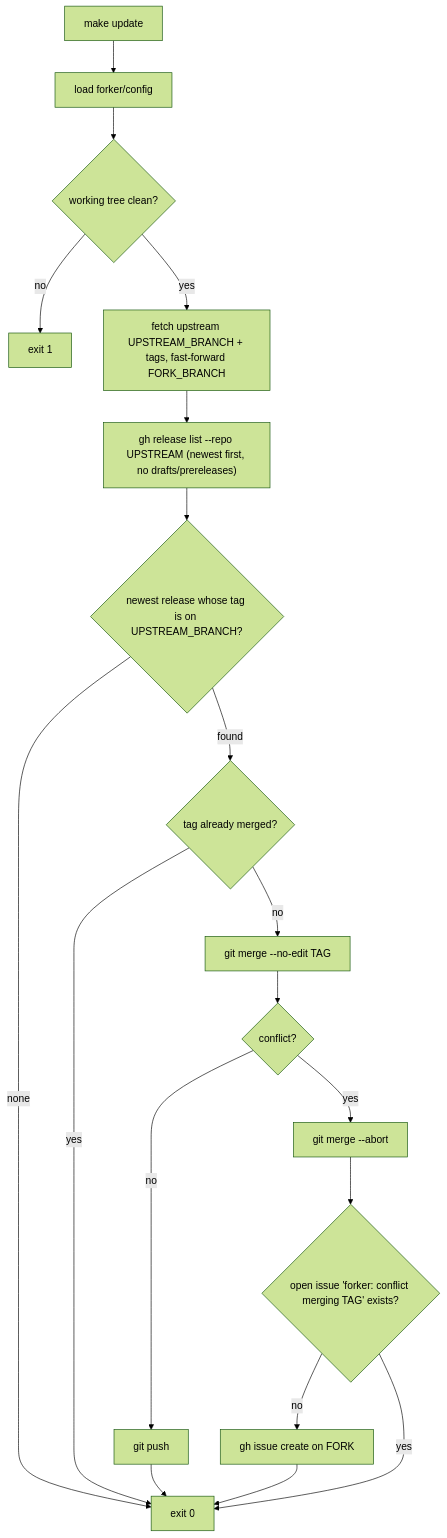
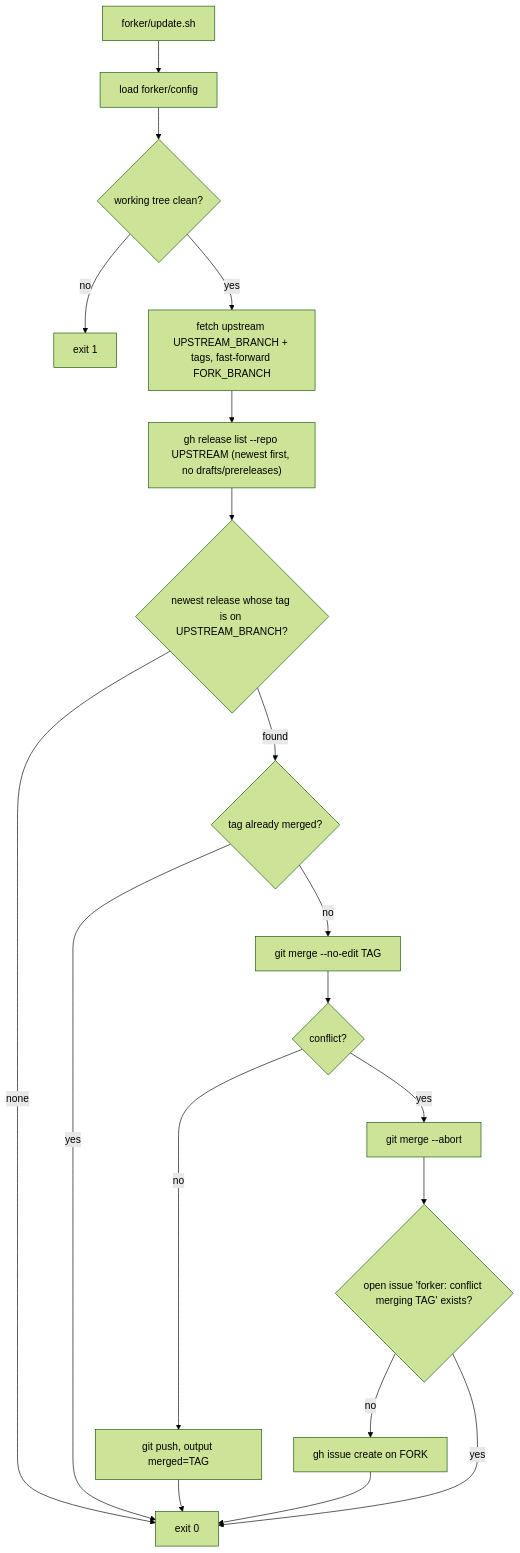
One commit to mchristoffers/forker changed the fourth of 4 diagrams in docs/logic.md. Above: the diagram before and after it, drawn with Mermaid (forest theme). The commit also changed other lines of this file and 21 other files, not shown here.

First line of the commit message:
Build, release and update forks on GitHub Actions instead of local make

````diff
--- a/docs/logic.md
+++ b/docs/logic.md
@@ -59,19 +65,19 @@
 ```mermaid
 flowchart TD
-  U[make update] --> L[load forker/config]
+  U[forker/update.sh] --> L[load forker/config]
   L --> C{working tree clean?}
   C -- no --> Err[exit 1]
   C -- yes --> F[fetch upstream UPSTREAM_BRANCH + tags, fast-forward FORK_BRANCH]
   F --> R["gh release list --repo UPSTREAM (newest first, no drafts/prereleases)"]
   R --> H{newest release whose tag is on UPSTREAM_BRANCH?}
   H -- none --> Done[exit 0]
   H -- found --> A0{tag already merged?}
   A0 -- yes --> Done
   A0 -- no --> M[git merge --no-edit TAG]
   M --> K{conflict?}
-  K -- no --> P[git push] --> Done
+  K -- no --> P[git push, output merged=TAG] --> Done
   K -- yes --> A[git merge --abort]
   A --> I{"open issue 'forker: conflict merging TAG' exists?"}
   I -- no --> O[gh issue create on FORK] --> Done
   I -- yes --> Done
 ```
````
